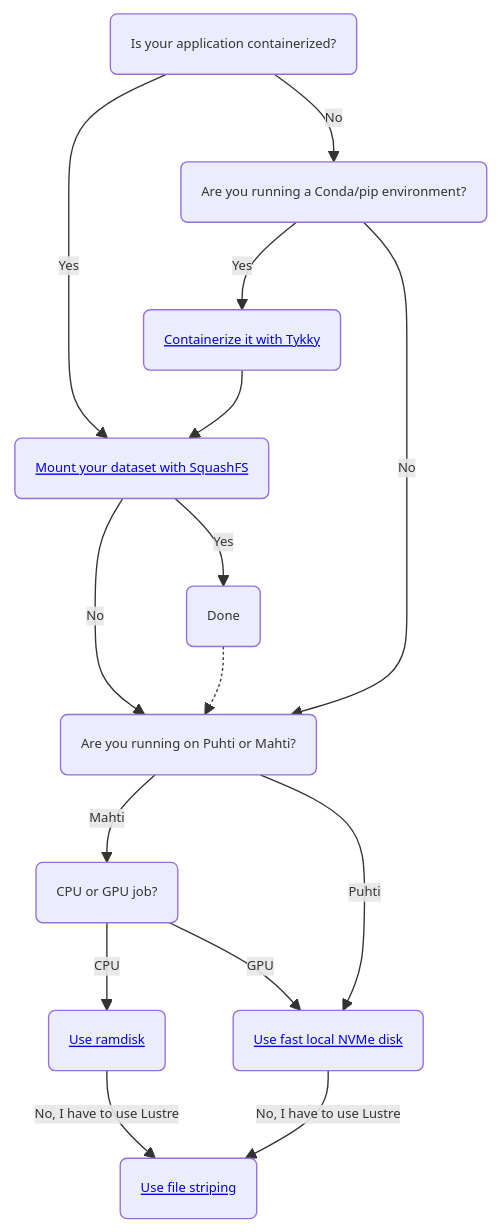
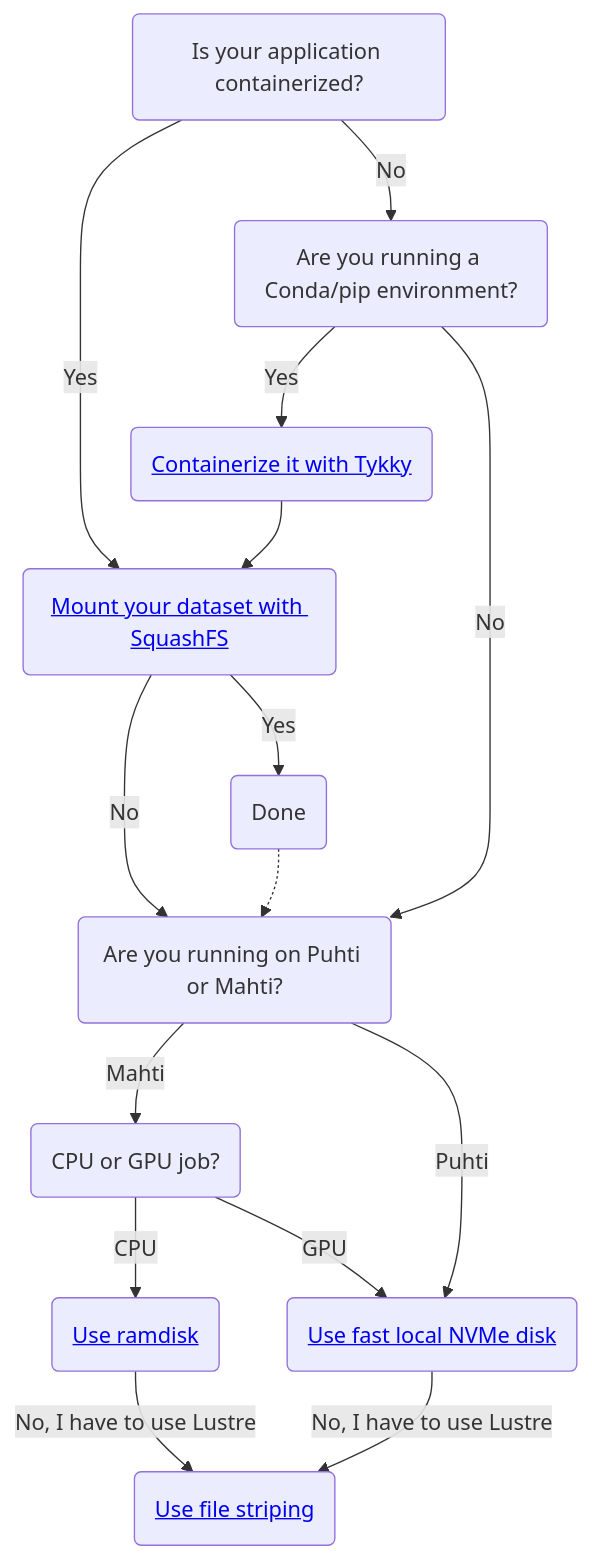
One commit to CSCfi/csc-user-guide changed the second of 2 diagrams in docs/computing/running/throughput.md. Above: the diagram before and after it, drawn with Mermaid. The commit also changed other lines of this file, not shown here.

Commit message:
Fix clipping font in diagrams

````diff
--- a/docs/computing/running/throughput.md
+++ b/docs/computing/running/throughput.md
@@ -125,18 +124,17 @@
 ```mermaid
-%%{init: {'theme': 'default', 'themeVariables': { 'fontSize': '0.6rem', 'fontFamily': 'museo-sans'}}}%%
 graph TD
     A(Is your application containerized?) -->|Yes| B(<a href='/computing/containers/run-existing/#mounting-datasets-with-squashfs'>Mount your dataset with SquashFS</a>)
     A -->|No| C(Are you running a Conda/pip environment?)
     C -->|Yes| D(<a href='/computing/containers/tykky/'>Containerize it with Tykky</a>)
     D --> B
     C -->|No| E(Are you running on Puhti or Mahti?)
     E -->|Mahti| F(CPU or GPU job?)
     F -->|CPU| G(<a href='/computing/disk/#compute-nodes-without-local-ssd-nvme-disks'>Use ramdisk</a>)
     F -->|GPU| H(<a href='/computing/disk/#compute-nodes-with-local-ssd-nvme-disks'>Use fast local NVMe disk</a>)
     E -->|Puhti| H
     B -->|No| E
     B -->|Yes| I(Done)
     I -.-> E
     G -->|No, I have to use Lustre| J(<a href='/computing/lustre/#file-striping-and-alignment'>Use file striping</a>)
     H -->|No, I have to use Lustre| J
 ```
````
